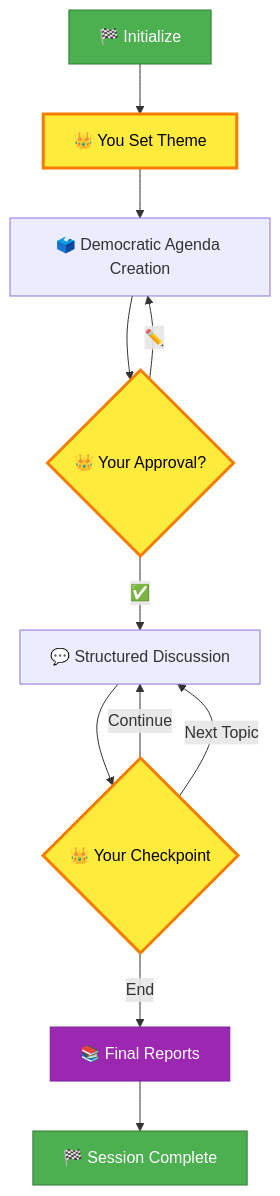
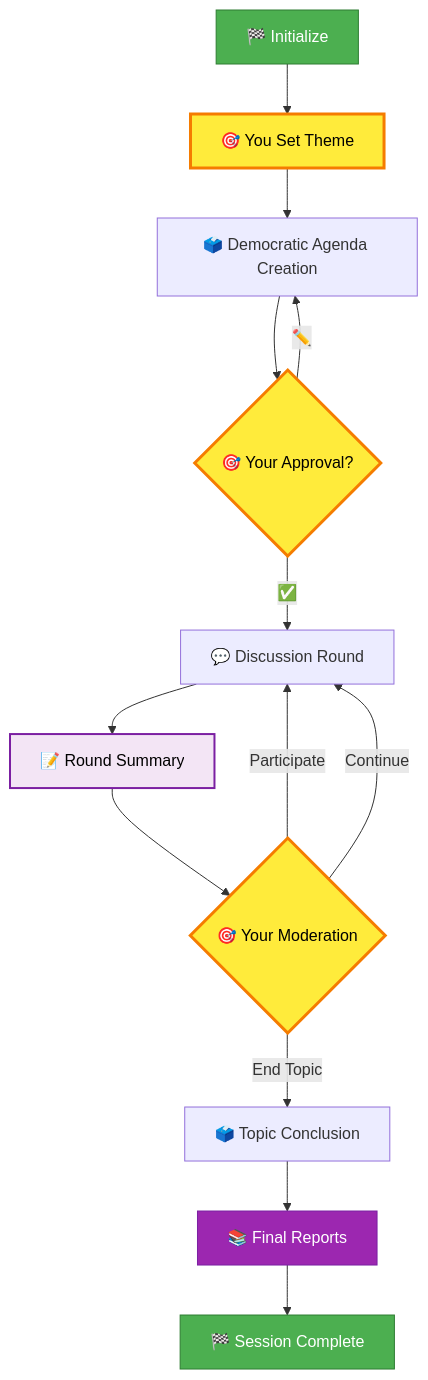
Before and after one commit to mpelos/virtual-agora: the third of 3 diagrams in docs/how-discussions-work.md, drawn with Mermaid. The commit also changed other lines of this file and 109 other files, not shown here.

Commit message:
Huge refactoring on Discussion flow

````diff
--- a/docs/how-discussions-work.md
+++ b/docs/how-discussions-work.md
@@ -158,20 +210,23 @@
 ```mermaid
 graph TD
-    START[🏁 Initialize] --> THEME[👑 You Set Theme]
+    START[🏁 Initialize] --> THEME[🎯 You Set Theme]
     THEME --> AGENDA[🗳️ Democratic Agenda Creation]
-    AGENDA --> APPROVE{👑 Your Approval?}
-    APPROVE -->|✅| DISCUSS[💬 Structured Discussion]
+    AGENDA --> APPROVE{🎯 Your Approval?}
+    APPROVE -->|✅| ROUND[💬 Discussion Round]
     APPROVE -->|✏️| AGENDA
-    DISCUSS --> CHECK{👑 Your Checkpoint}
-    CHECK -->|Continue| DISCUSS
-    CHECK -->|Next Topic| DISCUSS
-    CHECK -->|End| REPORTS[📚 Final Reports]
+    ROUND --> SUMMARY[📝 Round Summary]
+    SUMMARY --> MODERATE{🎯 Your Moderation}
+    MODERATE -->|Participate| ROUND
+    MODERATE -->|Continue| ROUND
+    MODERATE -->|End Topic| VOTE[🗳️ Topic Conclusion]
+    VOTE --> REPORTS[📚 Final Reports]
     REPORTS --> COMPLETE[🏁 Session Complete]
     
     style THEME fill:#ffeb3b,stroke:#f57c00,stroke-width:3px,color:#000
     style APPROVE fill:#ffeb3b,stroke:#f57c00,stroke-width:3px,color:#000
-    style CHECK fill:#ffeb3b,stroke:#f57c00,stroke-width:3px,color:#000
+    style MODERATE fill:#ffeb3b,stroke:#f57c00,stroke-width:3px,color:#000
     style START fill:#4caf50,stroke:#2e7d32,color:#fff
     style COMPLETE fill:#4caf50,stroke:#2e7d32,color:#fff
+    style SUMMARY fill:#f3e5f5,stroke:#7b1fa2,stroke-width:2px,color:#000
     style REPORTS fill:#9c27b0,stroke:#7b1fa2,color:#fff
 ```
````
